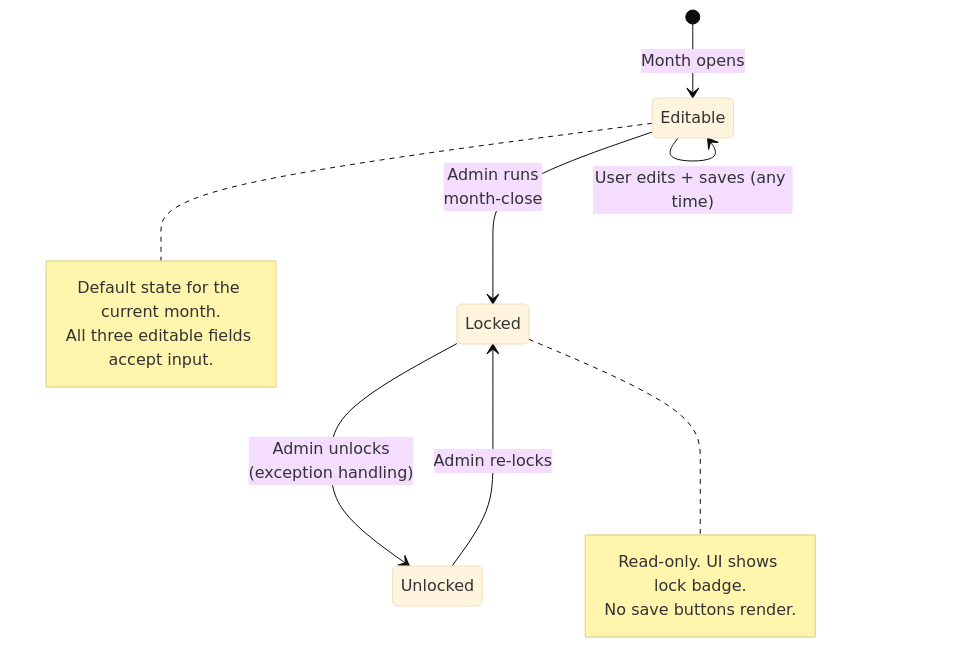
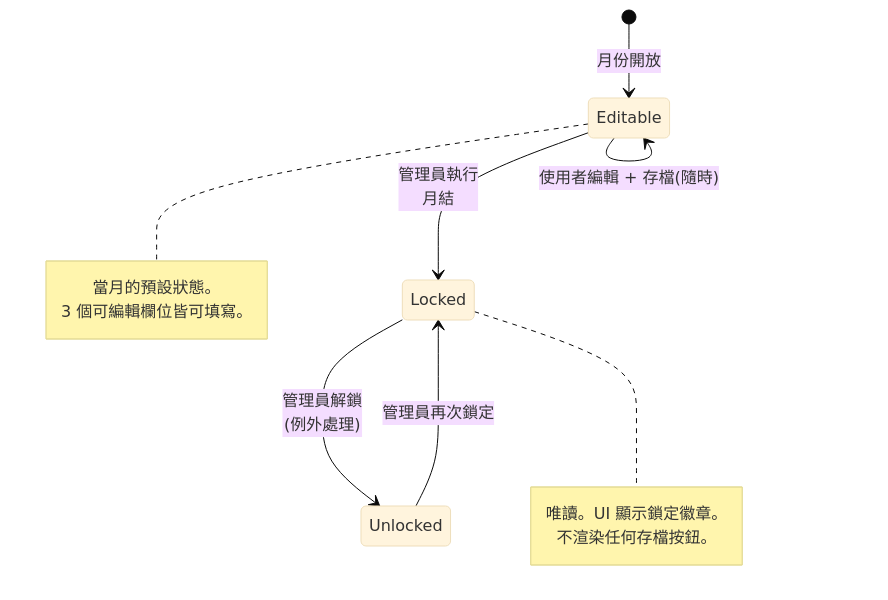
One commit to weixiang1130/Monthly-Cost-Control-Report changed the fifth of 8 diagrams in docs/ARCHITECTURE.md. Above: the diagram before and after it, drawn with Mermaid (base theme). The commit also changed other lines of this file and 5 other files, not shown here.

````diff
--- a/docs/ARCHITECTURE.md
+++ b/docs/ARCHITECTURE.md
@@ -174,18 +174,18 @@
 ```mermaid
 stateDiagram-v2
-    [*] --> Editable: Month opens
-    Editable --> Editable: User edits + saves (any time)
-    Editable --> Locked: Admin runs<br/>month-close
-    Locked --> Unlocked: Admin unlocks<br/>(exception handling)
-    Unlocked --> Locked: Admin re-locks
+    [*] --> Editable: 月份開放
+    Editable --> Editable: 使用者編輯 + 存檔(隨時)
+    Editable --> Locked: 管理員執行<br/>月結
+    Locked --> Unlocked: 管理員解鎖<br/>(例外處理)
+    Unlocked --> Locked: 管理員再次鎖定
 
     note right of Editable
-        Default state for the current month.
-        All three editable fields accept input.
+        當月的預設狀態。
+        3 個可編輯欄位皆可填寫。
     end note
 
     note right of Locked
-        Read-only. UI shows lock badge.
-        No save buttons render.
+        唯讀。UI 顯示鎖定徽章。
+        不渲染任何存檔按鈕。
     end note
 ```
````
